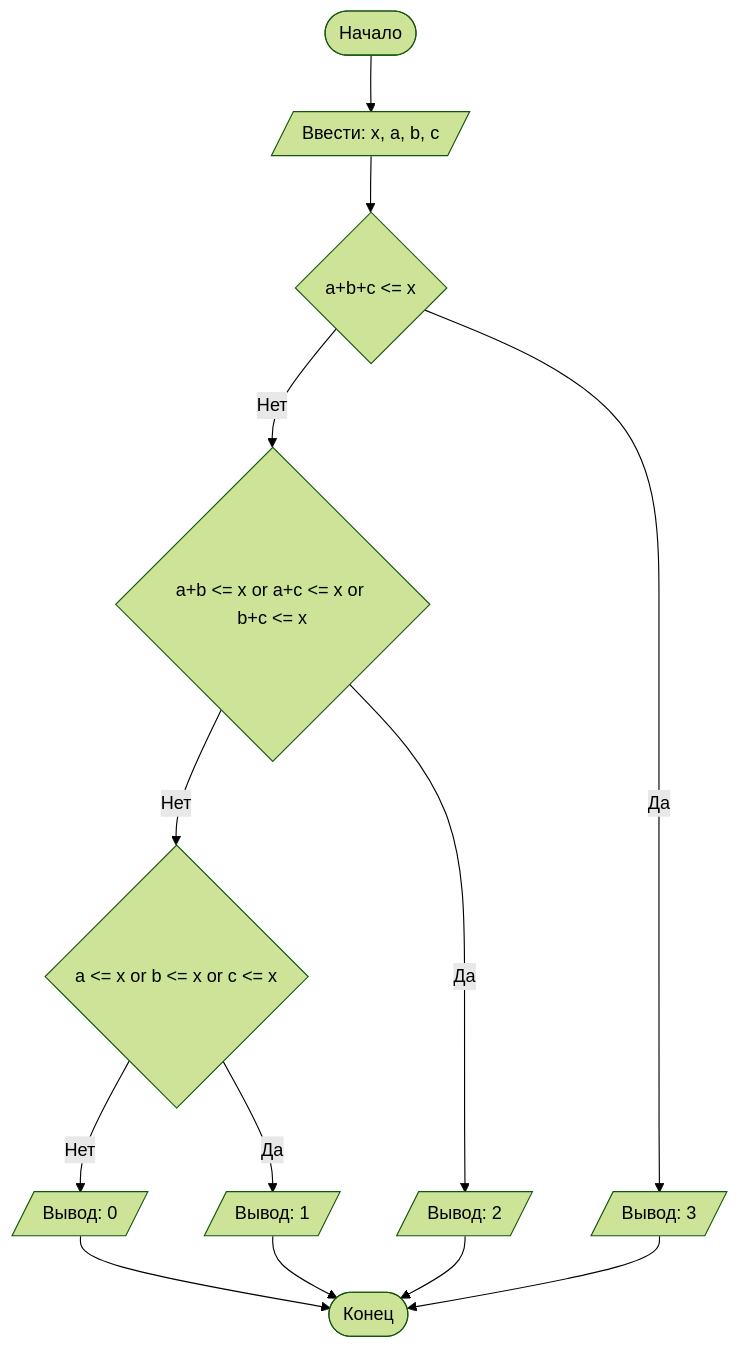
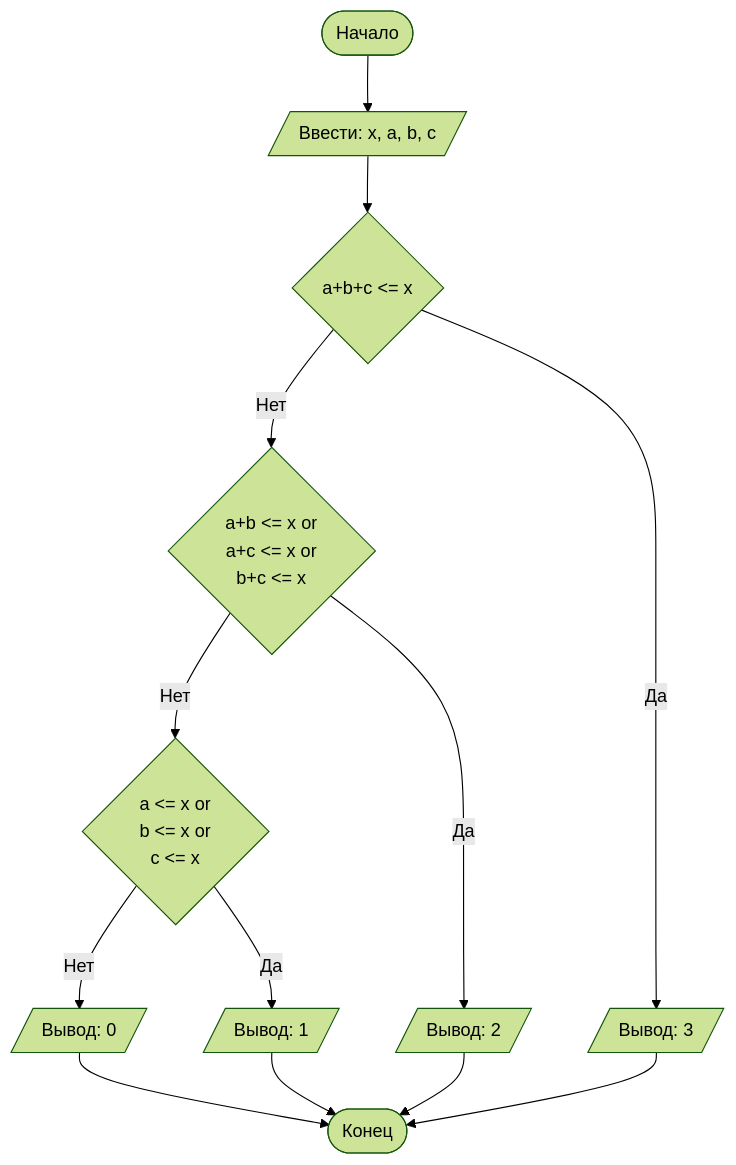
One commit to JuST-EiGHT/Lab-1 changed the diagram in README.md. Above: the diagram before and after it, drawn with Mermaid (forest theme).

````diff
--- a/README.md
+++ b/README.md
@@ -73,16 +73,20 @@
 ```mermaid
 graph TD
     A([Начало]) --> B[/Ввести: x, a, b, c/]
     B --> C{a+b+c <= x}
-    C -- Нет --> D{a+b <= x or a+c <= x or b+c <= x}
-    D -- Нет --> E{a <= x or b <= x or c <= x}
+    C -- Нет --> D{a+b <= x or 
+    a+c <= x or 
+    b+c <= x}
+    D -- Нет --> E{a <= x or 
+    b <= x or 
+    c <= x}
     E -- Нет --> W[/Вывод: 0/]
     E -- Да --> H[/Вывод: 1/]
     C -- Да --> I[/Вывод: 3/]
     D -- Да --> T[/Вывод: 2/]
     T --> Z
     W --> Z
     I --> Z
     H --> Z([Конец])
 
 ```
````
